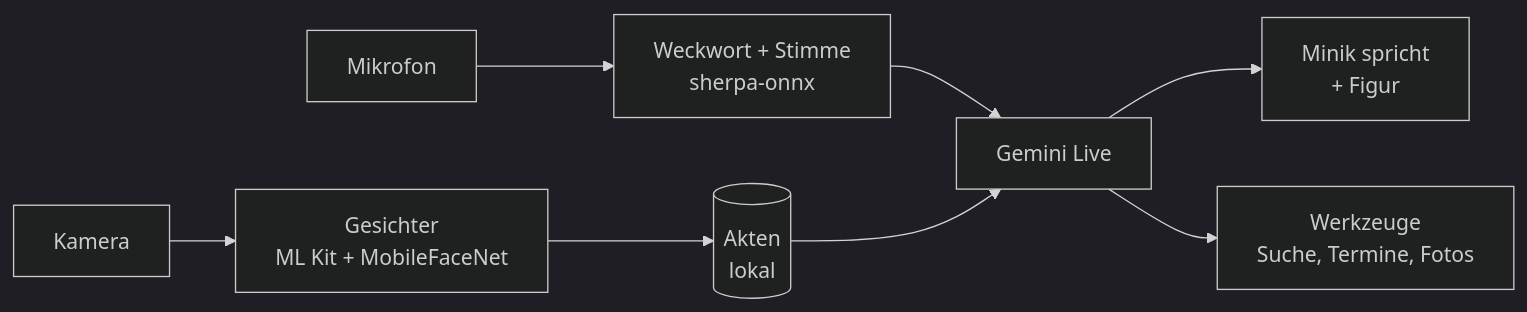
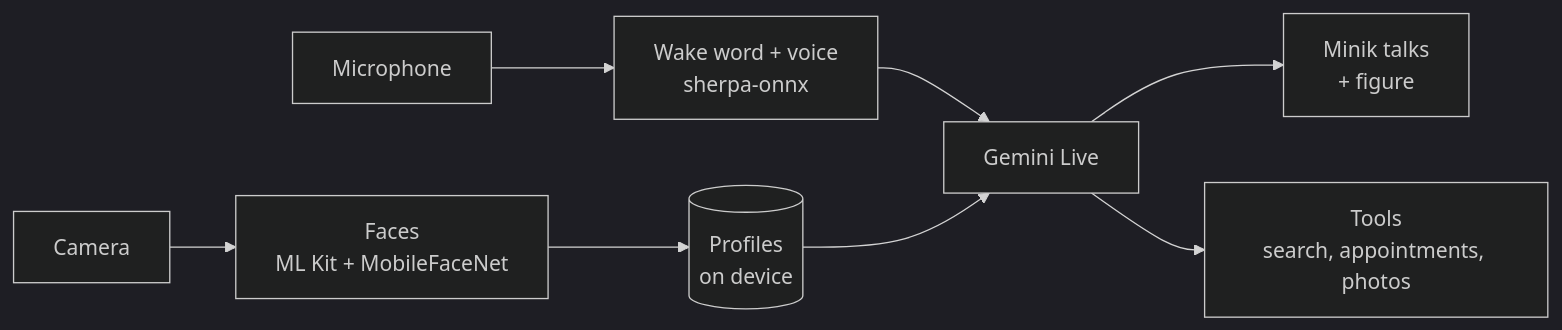
Before and after one commit to PDCem/minik: the diagram in README.md, drawn with Mermaid (dark theme). The commit also changed other lines of this file and 10 other files, not shown here.

````diff
--- a/README.md
+++ b/README.md
@@ -152,10 +154,10 @@
 ```mermaid
 flowchart LR
-    K[Kamera] --> G[Gesichter<br/>ML Kit + MobileFaceNet]
-    M[Mikrofon] --> W[Weckwort + Stimme<br/>sherpa-onnx]
-    G --> A[(Akten<br/>lokal)]
+    K[Camera] --> G[Faces<br/>ML Kit + MobileFaceNet]
+    M[Microphone] --> W[Wake word + voice<br/>sherpa-onnx]
+    G --> A[(Profiles<br/>on device)]
     W --> L[Gemini Live]
     A --> L
-    L --> F[Minik spricht<br/>+ Figur]
-    L --> T[Werkzeuge<br/>Suche, Termine, Fotos]
+    L --> F[Minik talks<br/>+ figure]
+    L --> T[Tools<br/>search, appointments, photos]
 ```
````
